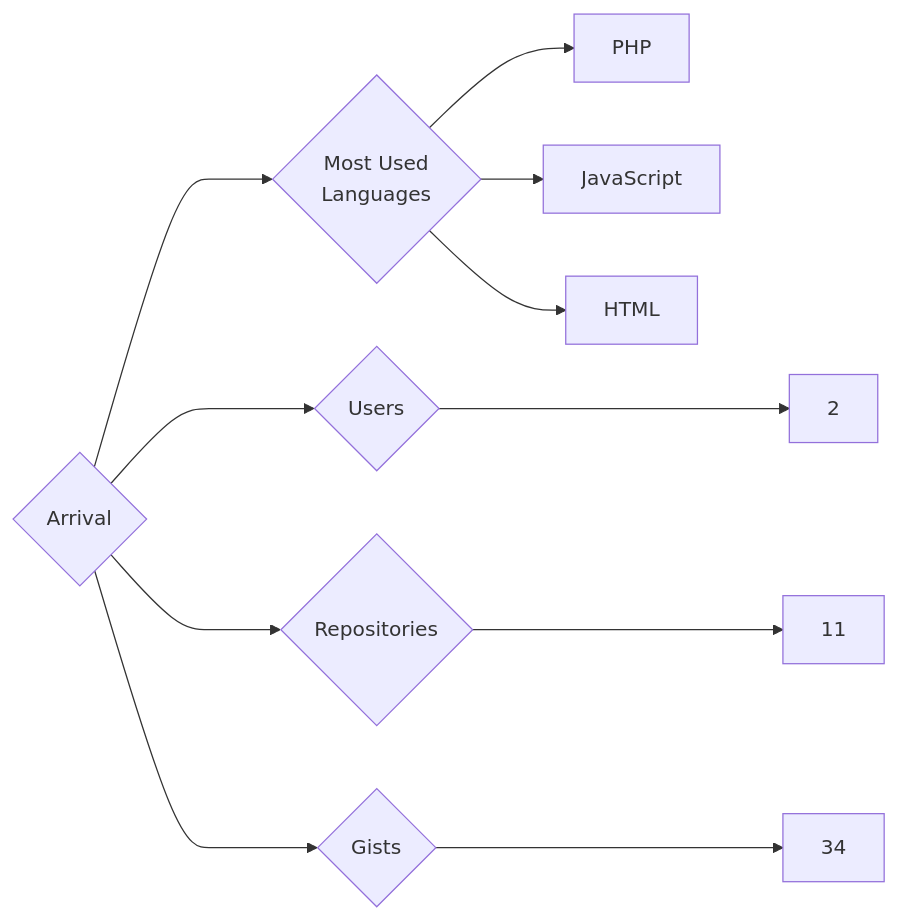
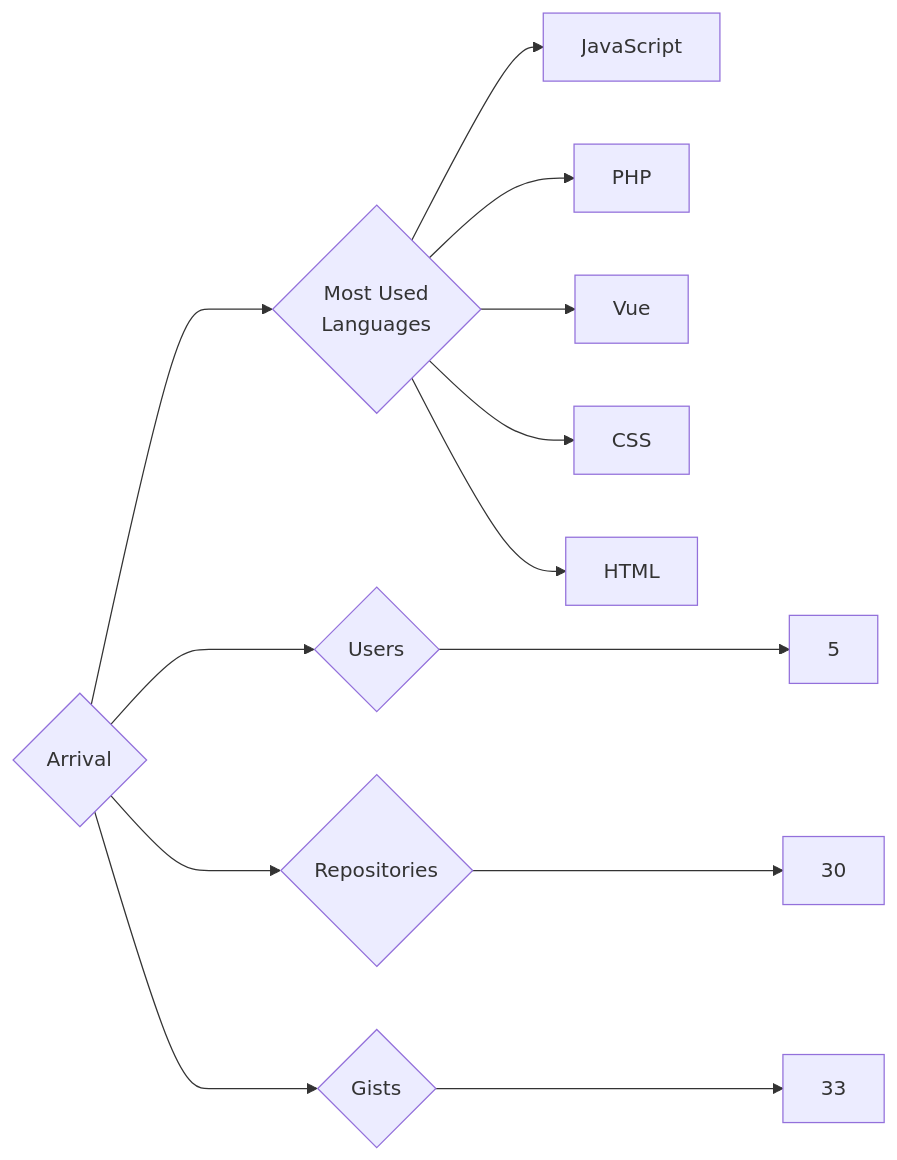
The diagram in targets/Arrival/README.md (trickest/insiders), drawn with Mermaid before and after one commit. The commit also changed 1055 other files, not shown here.

````diff
--- a/targets/Arrival/README.md
+++ b/targets/Arrival/README.md
@@ -3,11 +3,13 @@
 ```mermaid
 graph LR
 COMPANY_NAME{Arrival}
-COMPANY_NAME ---> U{Users} ---> UN[2]
-COMPANY_NAME ---> R{Repositories} ---> RN[11]
-COMPANY_NAME ---> G{Gists} ---> GN[34]
+COMPANY_NAME ---> U{Users} ---> UN[5]
+COMPANY_NAME ---> R{Repositories} ---> RN[30]
+COMPANY_NAME ---> G{Gists} ---> GN[33]
 COMPANY_NAME ---> ML{Most Used<br>Languages}
+ML --> JavaScript[JavaScript]
 ML --> PHP[PHP]
-ML --> JavaScript[JavaScript]
+ML --> Vue[Vue]
+ML --> CSS[CSS]
 ML --> HTML[HTML]
 ```
````
